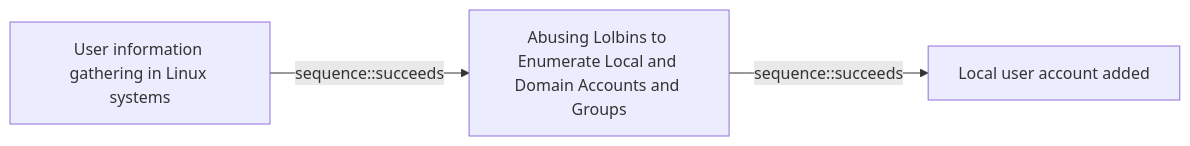
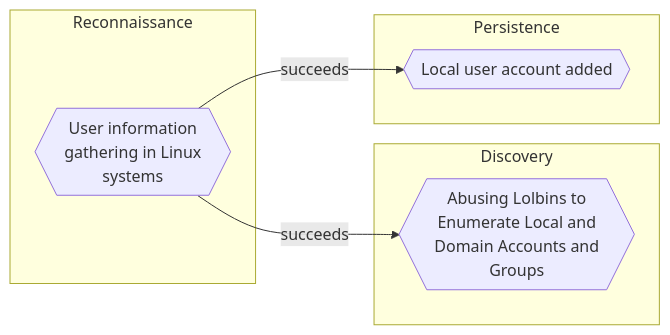
One commit to opentidehq/library changed the diagram in docs/threats/user-information-gathering-in-linux-systems.md. Above: the diagram before and after it, drawn with Mermaid. The commit also changed other lines of this file and 540 other files, not shown here.

````diff
--- a/docs/threats/user-information-gathering-in-linux-systems.md
+++ b/docs/threats/user-information-gathering-in-linux-systems.md
@@ -108,8 +115,14 @@
 ```mermaid
 flowchart LR
-8bc82ff8_e106_4377_98f1_2cb912631ffa["User information gathering in Linux systems"]
-3b1026c6_7d04_4b91_ba6f_abc68e993616["Abusing Lolbins to Enumerate Local and Domain Accounts and Groups"]
-e2d8ce6b_f21e_4444_a828_0c6b722a9c93["Local user account added"]
-8bc82ff8_e106_4377_98f1_2cb912631ffa -->|sequence::succeeds| 3b1026c6_7d04_4b91_ba6f_abc68e993616
-3b1026c6_7d04_4b91_ba6f_abc68e993616 -->|sequence::succeeds| e2d8ce6b_f21e_4444_a828_0c6b722a9c93
+subgraph "Reconnaissance"
+8bc82ff8_e106_4377_98f1_2cb912631ffa{{"User information<br>gathering in Linux<br>systems"}}
+end
+subgraph "Discovery"
+3b1026c6_7d04_4b91_ba6f_abc68e993616{{"Abusing Lolbins to<br>Enumerate Local and<br>Domain Accounts and<br>Groups"}}
+end
+subgraph "Persistence"
+e2d8ce6b_f21e_4444_a828_0c6b722a9c93{{"Local user account added"}}
+end
+8bc82ff8_e106_4377_98f1_2cb912631ffa -->|succeeds| 3b1026c6_7d04_4b91_ba6f_abc68e993616
+8bc82ff8_e106_4377_98f1_2cb912631ffa -->|succeeds| e2d8ce6b_f21e_4444_a828_0c6b722a9c93
 ```
````
